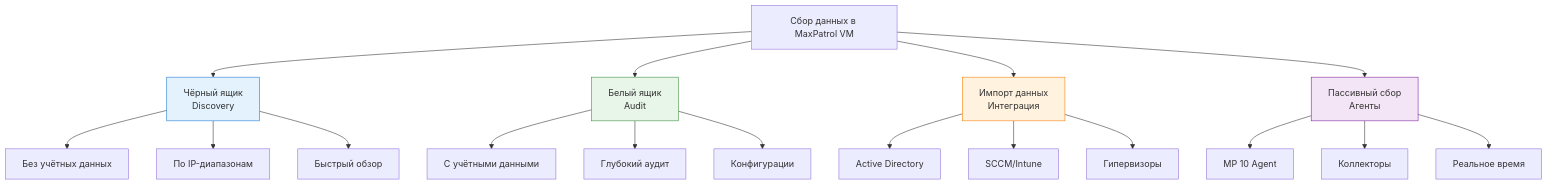
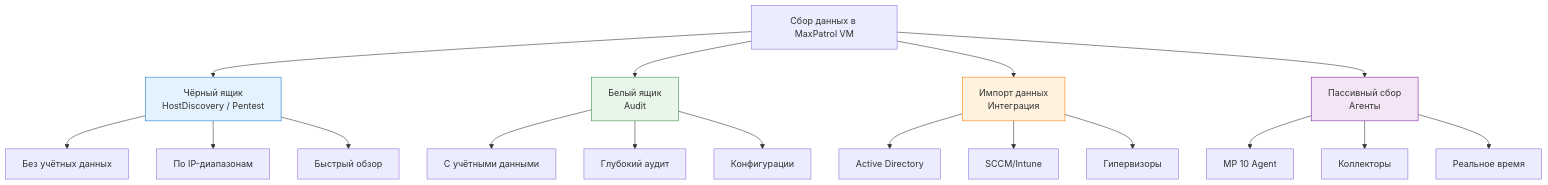
Before and after one commit to ale88andr/obs-vault: the first of 2 diagrams in InfoSec/PositiveTechnologies/MaxPatrol VM/3. Сбор данных и сканирование.md, drawn with Mermaid. The commit also changed other lines of this file and 16 other files, not shown here.

````diff
--- a/InfoSec/PositiveTechnologies/MaxPatrol VM/3. Сбор данных и сканирование.md
+++ b/InfoSec/PositiveTechnologies/MaxPatrol VM/3. Сбор данных и сканирование.md
@@ -25,28 +25,28 @@
 ```mermaid
 graph TB
-    A[Сбор данных в MaxPatrol VM] --> B[Чёрный ящик<br/>Discovery]
+    A[Сбор данных в MaxPatrol VM] --> B[Чёрный ящик<br/>HostDiscovery / Pentest]
     A --> C[Белый ящик<br/>Audit]
     A --> D[Импорт данных<br/>Интеграция]
     A --> E[Пассивный сбор<br/>Агенты]
 
     B --> B1[Без учётных данных]
     B --> B2[По IP-диапазонам]
     B --> B3[Быстрый обзор]
 
     C --> C1[С учётными данными]
     C --> C2[Глубокий аудит]
     C --> C3[Конфигурации]
 
     D --> D1[Active Directory]
     D --> D2[SCCM/Intune]
     D --> D3[Гипервизоры]
 
     E --> E1[MP 10 Agent]
     E --> E2[Коллекторы]
     E --> E3[Реальное время]
 
     style B fill:#e3f2fd,stroke:#1976d2
     style C fill:#e8f5e9,stroke:#388e3c
     style D fill:#fff3e0,stroke:#f57c00
     style E fill:#f3e5f5,stroke:#7b1fa2
 ```
````
